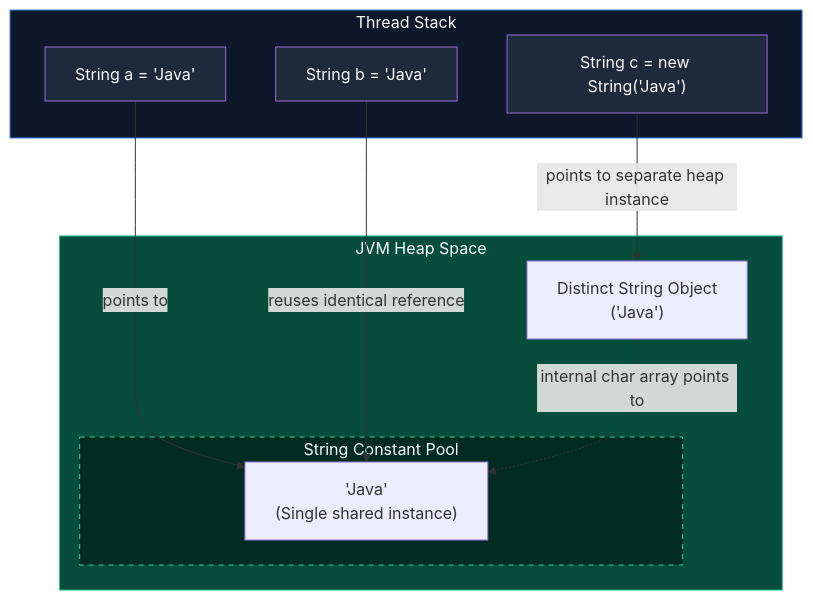
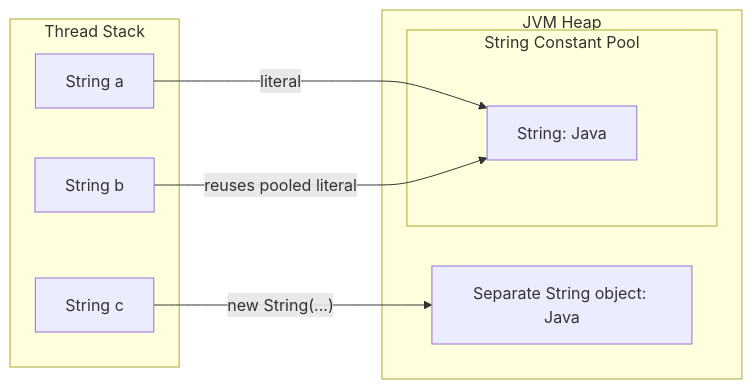
The second of 3 diagrams in content/roadmap/level-0/variables-and-data-types.md (ravishankar2463/java_hub), drawn with Mermaid before and after one commit. The commit also changed other lines of this file and 119 other files, not shown here.

Commit message:
feat: add comprehensive java learning roadmap content across multiple levels

````diff
--- a/content/roadmap/level-0/variables-and-data-types.md
+++ b/content/roadmap/level-0/variables-and-data-types.md
@@ -169,27 +220,19 @@
 ```mermaid
-flowchart TD
-    subgraph StackFrame ["Thread Stack"]
-        S1["String a = 'Java'"]
-        S2["String b = 'Java'"]
-        S3["String c = new String('Java')"]
+flowchart LR
+    subgraph Stack["Thread Stack"]
+        S1["String a"]
+        S2["String b"]
+        S3["String c"]
     end
 
-    subgraph Heap ["JVM Heap Space"]
-        subgraph Pool ["String Constant Pool"]
-            P1["'Java'<br/>(Single shared instance)"]
+    subgraph Heap["JVM Heap"]
+        subgraph Pool["String Constant Pool"]
+            P1["String: Java"]
         end
-        H1["Distinct String Object<br/>('Java')"]
+        H1["Separate String object: Java"]
     end
 
-    S1 -->|"points to"| P1
-    S2 -->|"reuses identical reference"| P1
-    S3 -->|"points to separate heap instance"| H1
-    H1 -.->|"internal char array points to"| P1
-
-    style StackFrame fill:#0f172a,stroke:#3b82f6,color:#f8fafc
-    style Heap fill:#064e3b,stroke:#10b981,color:#f8fafc
-    style Pool fill:#022c22,stroke:#34d399,stroke-dasharray: 5 5,color:#f8fafc
-    style S1 fill:#1e293b,color:#f8fafc
-    style S2 fill:#1e293b,color:#f8fafc
-    style S3 fill:#1e293b,color:#f8fafc
+    S1 -->|"literal"| P1
+    S2 -->|"reuses pooled literal"| P1
+    S3 -->|"new String(...)"| H1
 ```
````
